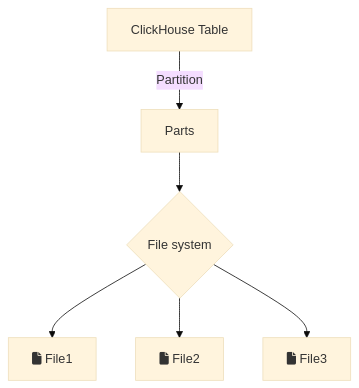
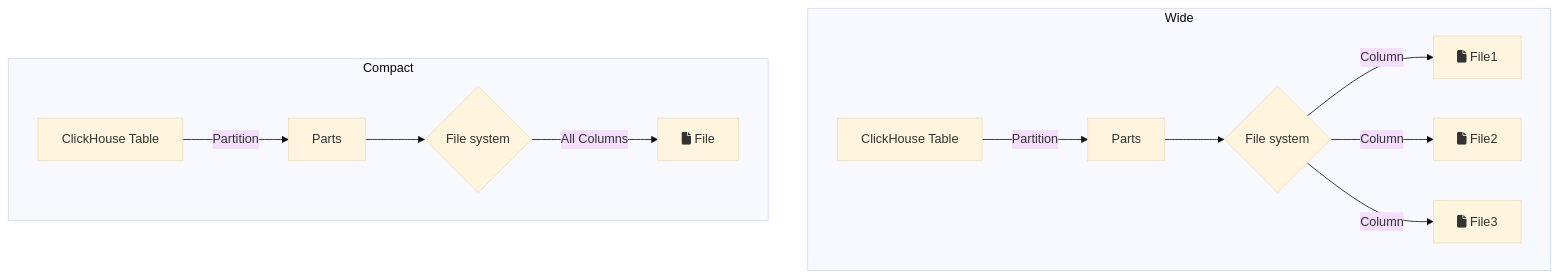
Before and after one commit to Altinity/clickhouse-regression: the second of 2 diagrams in alter/table/requirements/replace_partition.md, drawn with Mermaid (base theme). The commit also changed other lines of this file and 2 other files, not shown here.

````diff
--- a/alter/table/requirements/replace_partition.md
+++ b/alter/table/requirements/replace_partition.md
@@ -427,8 +422,15 @@
 ```mermaid
-flowchart TD
-    A[ClickHouse Table] -->|Partition| B[Parts]
-    B --> C{File system}
-    C --> D[fas:fa-file File1]
-    C --> E[fas:fa-file File2]
-    C --> F[fas:fa-file File3]
+graph TD
+    subgraph Wide
+    A1[ClickHouse Table] -->|Partition| B1[Parts]
+    B1 --> C1{File system}
+    C1 --> |Column| D1[fas:fa-file File1]
+    C1 --> |Column| E1[fas:fa-file File2]
+    C1 --> |Column| F1[fas:fa-file File3]
+    end
+    subgraph Compact
+    A2[ClickHouse Table] -->|Partition| B2[Parts]
+    B2 --> C2{File system}
+    C2 --> |All Columns| D2[fas:fa-file File]
+    end
 ```
````
